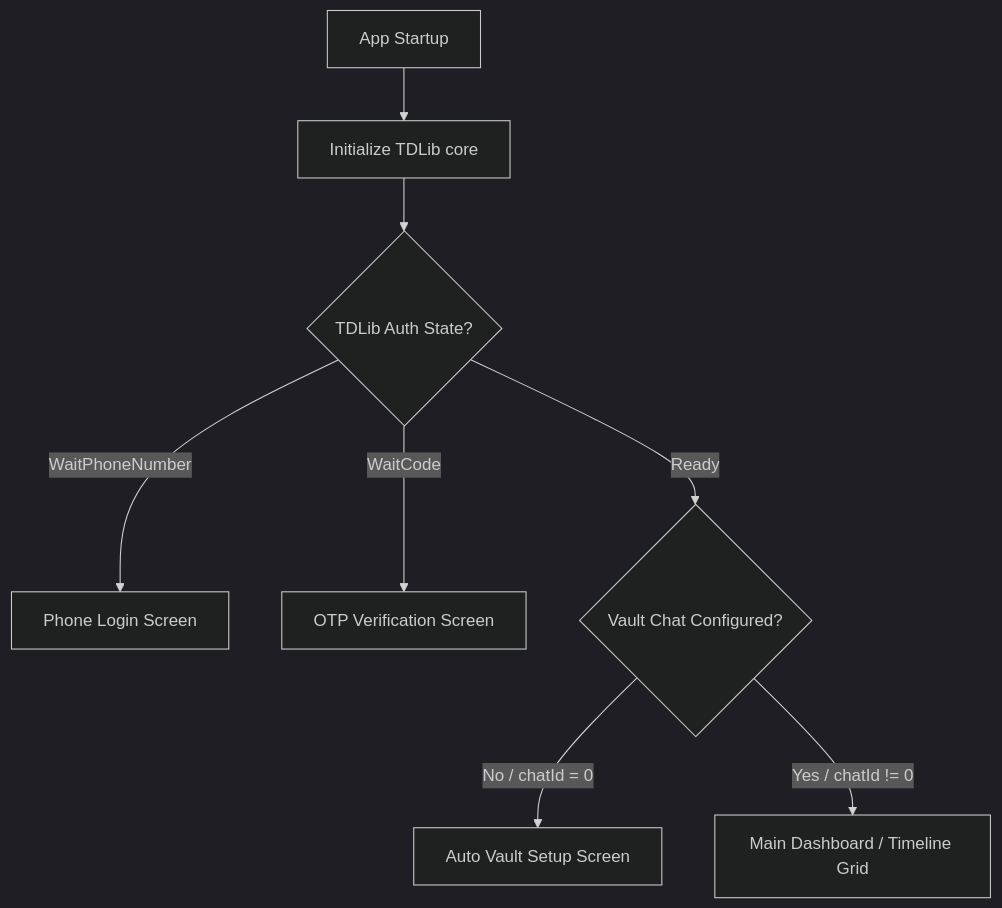
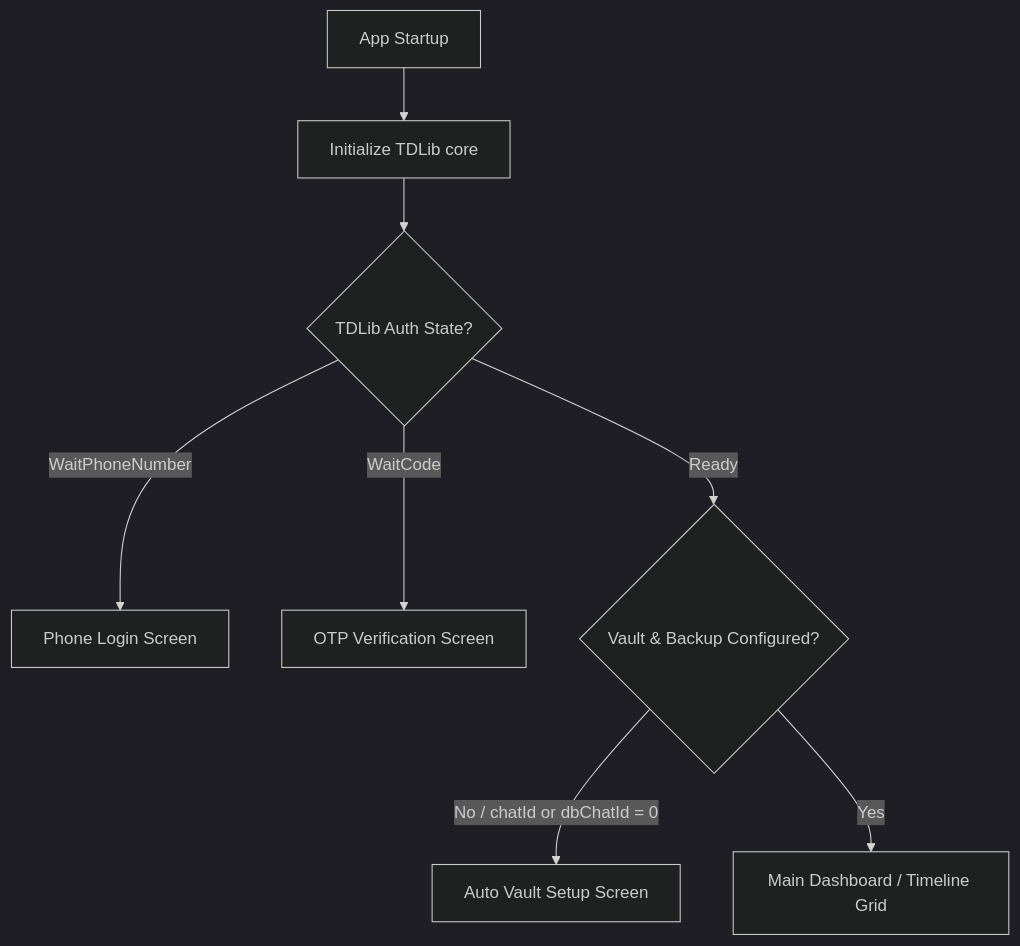
The first of 7 diagrams in application_flows.md (ssJvirtually/telegallery-android), drawn with Mermaid (dark theme) before and after one commit. The commit also changed other lines of this file and 111 other files, not shown here.

````diff
--- a/application_flows.md
+++ b/application_flows.md
@@ -11,10 +11,10 @@
 ```mermaid
 graph TD
     A[App Startup] --> B[Initialize TDLib core]
     B --> C{TDLib Auth State?}
     C -->|WaitPhoneNumber| D[Phone Login Screen]
     C -->|WaitCode| E[OTP Verification Screen]
-    C -->|Ready| F{Vault Chat Configured?}
-    F -->|No / chatId = 0| G[Auto Vault Setup Screen]
-    F -->|Yes / chatId != 0| H[Main Dashboard / Timeline Grid]
+    C -->|Ready| F{Vault & Backup Configured?}
+    F -->|No / chatId or dbChatId = 0| G[Auto Vault Setup Screen]
+    F -->|Yes| H[Main Dashboard / Timeline Grid]
 ```
````
